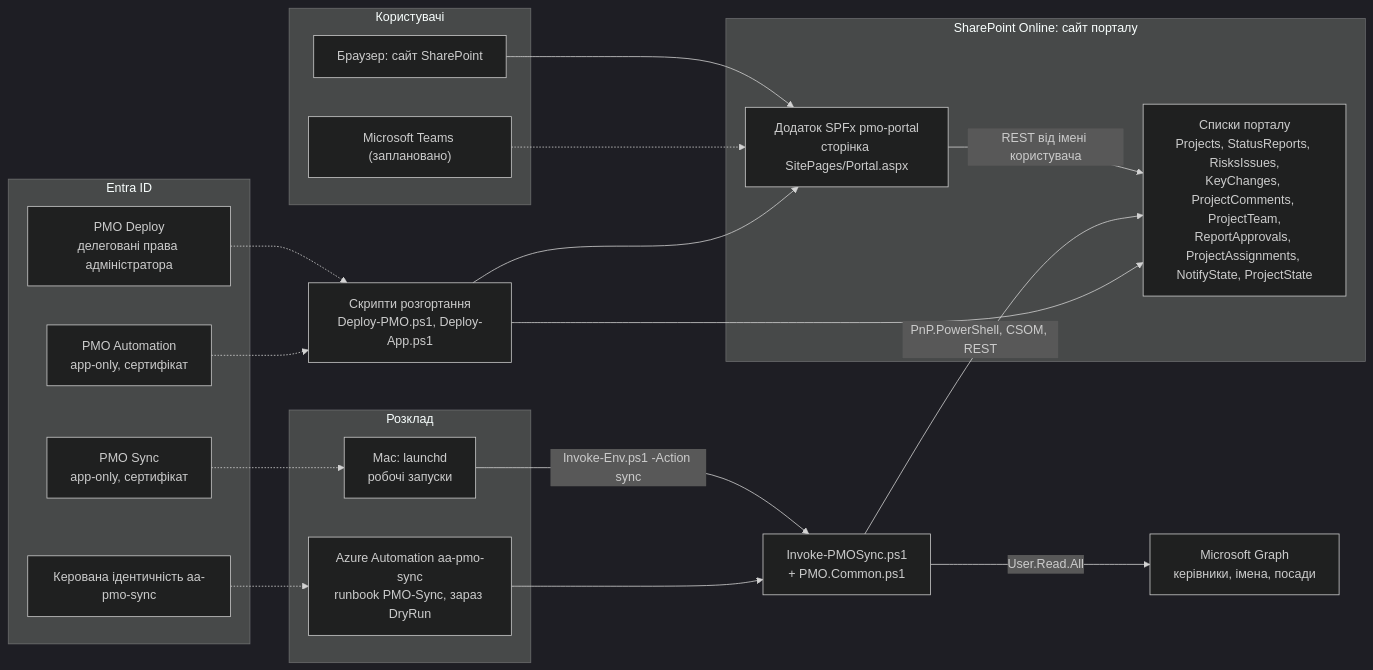
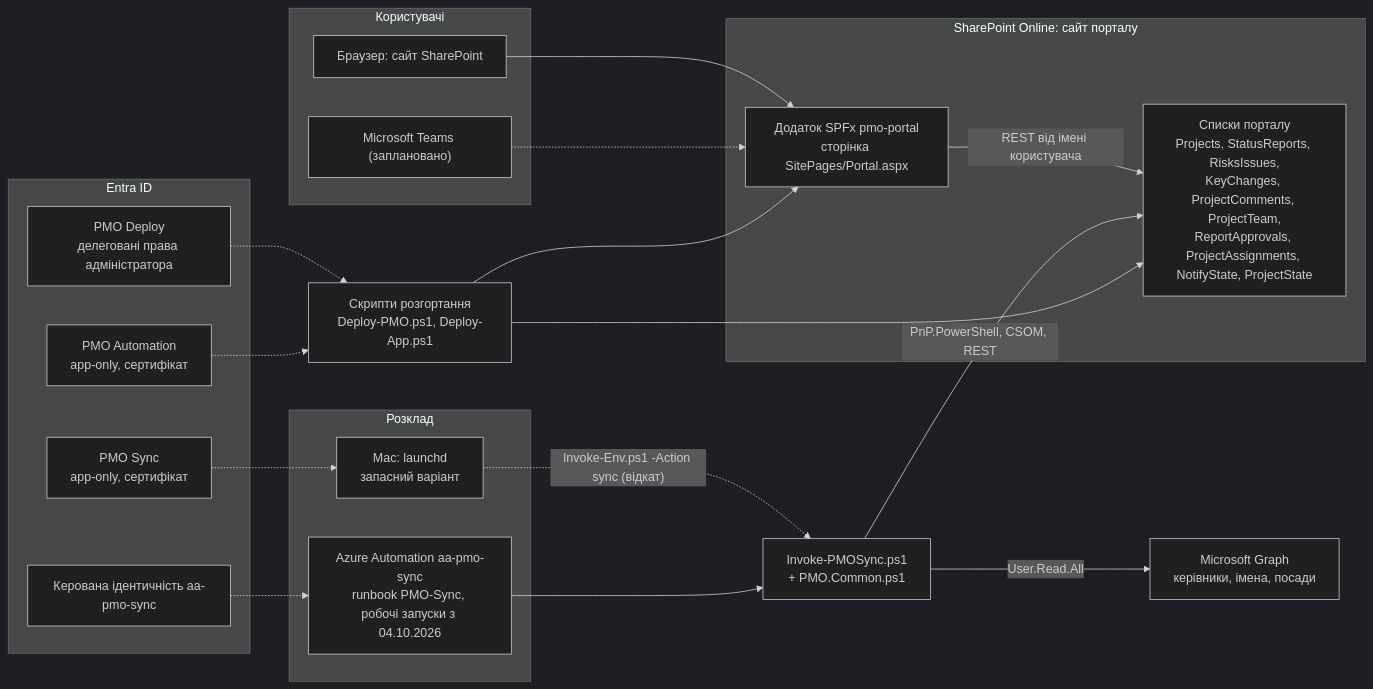
One commit to Acidsly/pmo-portal changed the first of 15 diagrams in docs/ARCHITECTURE.md. Above: the diagram before and after it, drawn with Mermaid (dark theme). The commit also changed other lines of this file and 15 other files, not shown here.

Commit message:
Документация сверена с кодом: README, ARCHITECTURE (схемы), DATA-MODEL, SPEC, PROTOTYPE, DEPLOYMENT, команды, CLAUDE.md, spfx/README; «Усі призначення» по всем папкам; подсказка свежести 9–14

````diff
--- a/docs/ARCHITECTURE.md
+++ b/docs/ARCHITECTURE.md
@@ -32,38 +32,38 @@
 ```mermaid
 flowchart LR
     subgraph Users["Користувачі"]
         B["Браузер: сайт SharePoint"]
         TM["Microsoft Teams (заплановано)"]
     end
     subgraph SPO["SharePoint Online: сайт порталу"]
         APP["Додаток SPFx pmo-portal<br/>сторінка SitePages/Portal.aspx"]
         L["Списки порталу<br/>Projects, StatusReports, RisksIssues,<br/>KeyChanges, ProjectComments, ProjectTeam,<br/>ReportApprovals, ProjectAssignments, NotifyState, ProjectState"]
     end
     subgraph Sched["Розклад"]
-        MAC["Mac: launchd<br/>робочі запуски"]
-        AA["Azure Automation aa-pmo-sync<br/>runbook PMO-Sync, зараз DryRun"]
+        AA["Azure Automation aa-pmo-sync<br/>runbook PMO-Sync, робочі запуски з 04.10.2026"]
+        MAC["Mac: launchd<br/>запасний варіант"]
     end
     SYNC["Invoke-PMOSync.ps1<br/>+ PMO.Common.ps1"]
     GRAPH["Microsoft Graph<br/>керівники, імена, посади"]
     subgraph Entra["Entra ID"]
         E1["PMO Deploy<br/>делеговані права адміністратора"]
         E2["PMO Automation<br/>app-only, сертифікат"]
         E3["PMO Sync<br/>app-only, сертифікат"]
         MI["Керована ідентичність aa-pmo-sync"]
     end
     DEP["Скрипти розгортання<br/>Deploy-PMO.ps1, Deploy-App.ps1"]
 
     B --> APP
     TM -.-> APP
     APP -- "REST від імені користувача" --> L
-    MAC -- "Invoke-Env.ps1 -Action sync" --> SYNC
+    MAC -. "Invoke-Env.ps1 -Action sync (відкат)" .-> SYNC
     AA --> SYNC
     SYNC -- "PnP.PowerShell, CSOM, REST" --> L
     SYNC -- "User.Read.All" --> GRAPH
     DEP --> L
     DEP --> APP
     E1 -.-> DEP
     E2 -.-> DEP
     E3 -.-> MAC
     MI -.-> AA
 ```
````
